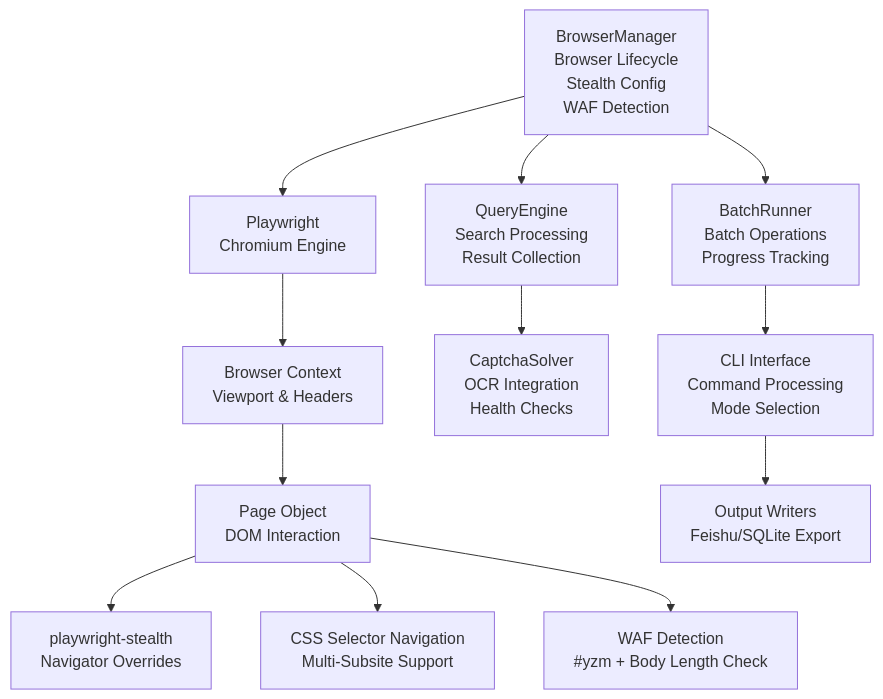
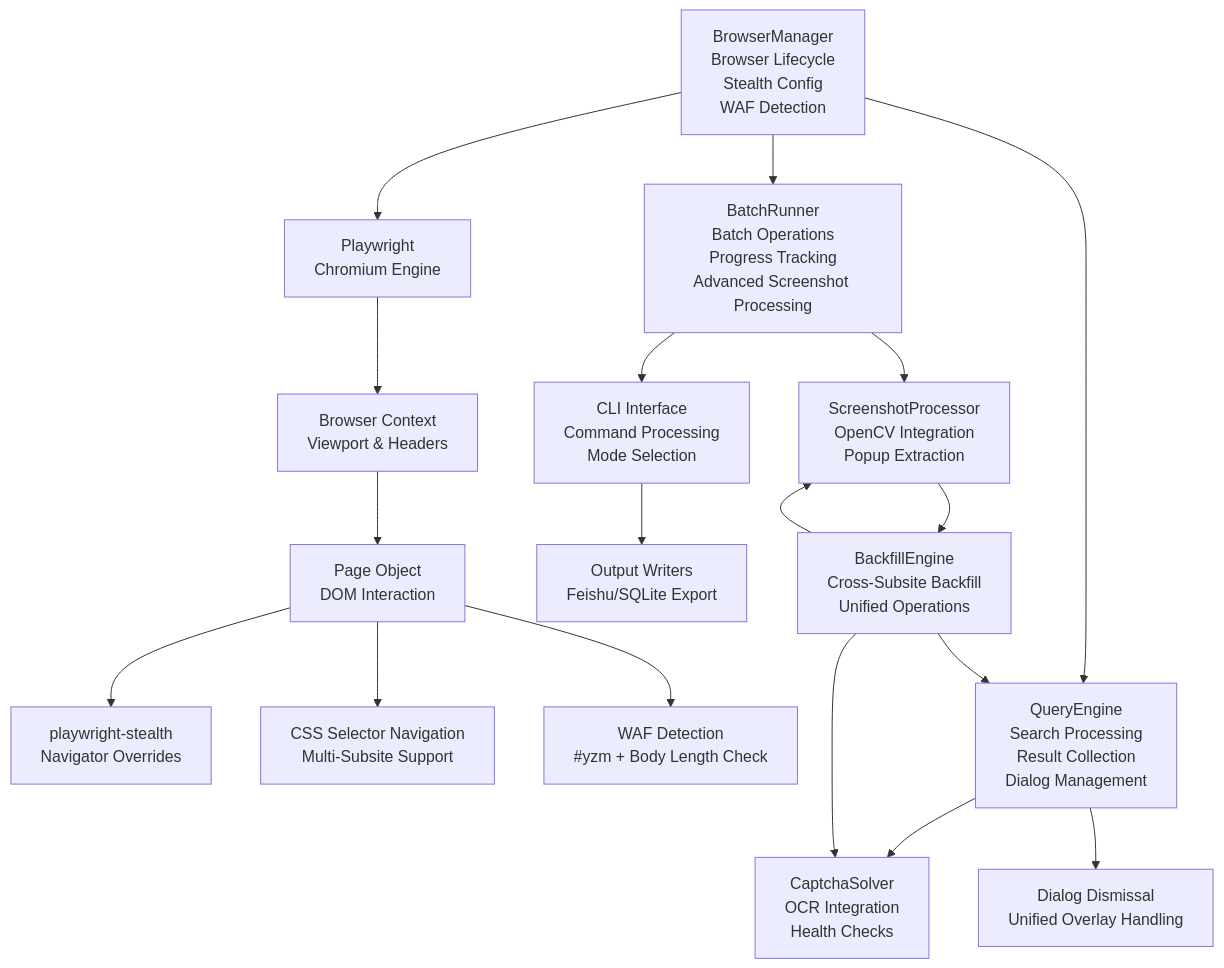
The second of 9 diagrams in .qoder/repowiki/en/content/Core Architecture/Browser Automation System.md (supotato-ipj/zxgk_auto_query-skill), drawn with Mermaid before and after one commit. The commit also changed other lines of this file and 19 other files, not shown here.

````diff
--- a/.qoder/repowiki/en/content/Core Architecture/Browser Automation System.md
+++ b/.qoder/repowiki/en/content/Core Architecture/Browser Automation System.md
@@ -124,14 +145,20 @@
 ```mermaid
 graph TB
 BM["BrowserManager<br/>Browser Lifecycle<br/>Stealth Config<br/>WAF Detection"] --> PW["Playwright<br/>Chromium Engine"]
 PW --> CTX["Browser Context<br/>Viewport & Headers"]
 CTX --> PAGE["Page Object<br/>DOM Interaction"]
 PAGE --> STEALTH["playwright-stealth<br/>Navigator Overrides"]
 PAGE --> NAV["CSS Selector Navigation<br/>Multi-Subsite Support"]
 PAGE --> WAF["WAF Detection<br/>#yzm + Body Length Check"]
-BM --> QE["QueryEngine<br/>Search Processing<br/>Result Collection"]
+BM --> QE["QueryEngine<br/>Search Processing<br/>Result Collection<br/>Dialog Management"]
 QE --> CAP["CaptchaSolver<br/>OCR Integration<br/>Health Checks"]
-BM --> BR["BatchRunner<br/>Batch Operations<br/>Progress Tracking"]
+QE --> DISMISS["Dialog Dismissal<br/>Unified Overlay Handling"]
+BM --> BR["BatchRunner<br/>Batch Operations<br/>Progress Tracking<br/>Advanced Screenshot Processing"]
 BR --> CLI["CLI Interface<br/>Command Processing<br/>Mode Selection"]
 CLI --> OUT["Output Writers<br/>Feishu/SQLite Export"]
+BR --> SS["ScreenshotProcessor<br/>OpenCV Integration<br/>Popup Extraction"]
+SS --> BF["BackfillEngine<br/>Cross-Subsite Backfill<br/>Unified Operations"]
+BF --> QE
+BF --> CAP
+BF --> SS
 ```
````
